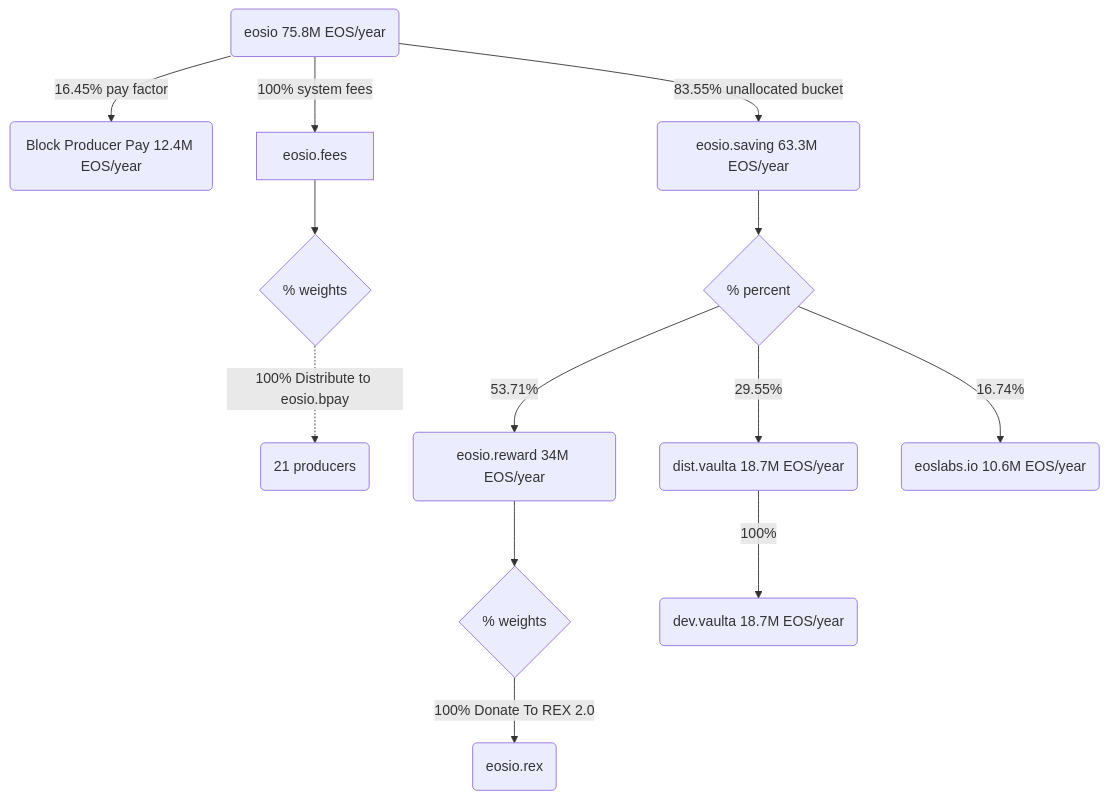
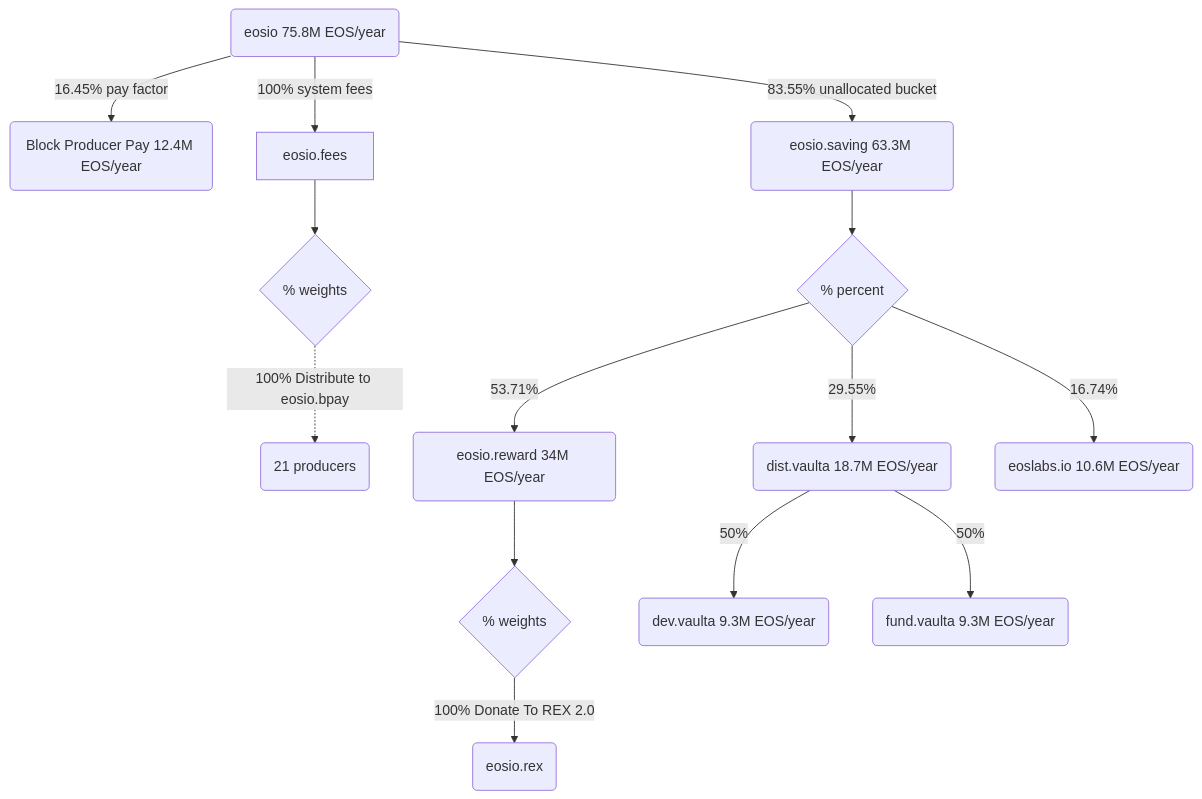
Before and after one commit to greymass/msigs: the diagram in proposals/coredevdist/README.md, drawn with Mermaid. The commit also changed other lines of this file and 6 other files, not shown here.

Commit message:
Updating to 15/21 permissions + fund.vaulta

````diff
--- a/proposals/coredevdist/README.md
+++ b/proposals/coredevdist/README.md
@@ -45,16 +45,17 @@
 ```mermaid
 graph TD
     eosio(eosio 75.8M EOS/year)
     eosio --> |16.45% pay factor| producer(Block Producer Pay 12.4M EOS/year)
     eosio --> |100% system fees| eosio.fees
     eosio.fees --> weights_fees{% weights}
     weights_fees -.-> |100% Distribute to eosio.bpay| bpay(21 producers)
     eosio --> |83.55% unallocated bucket| eosio.saving(eosio.saving 63.3M EOS/year)
     eosio.saving --> percent{% percent}
     percent --> |53.71%| eosio.reward(eosio.reward 34M EOS/year)
     percent --> |29.55%| dist.vaulta(dist.vaulta 18.7M EOS/year)
     percent --> |16.74%| eoslabs.io(eoslabs.io 10.6M EOS/year)
     eosio.reward --> weights_rewards{% weights}
     weights_rewards --> |100% Donate To REX 2.0| eosio.rex(eosio.rex)
-    dist.vaulta --> |100%| dev.vaulta(dev.vaulta 18.7M EOS/year)
+    dist.vaulta --> |50%| dev.vaulta(dev.vaulta 9.3M EOS/year)
+    dist.vaulta --> |50%| fund.vaulta(fund.vaulta 9.3M EOS/year)
 ```
````
